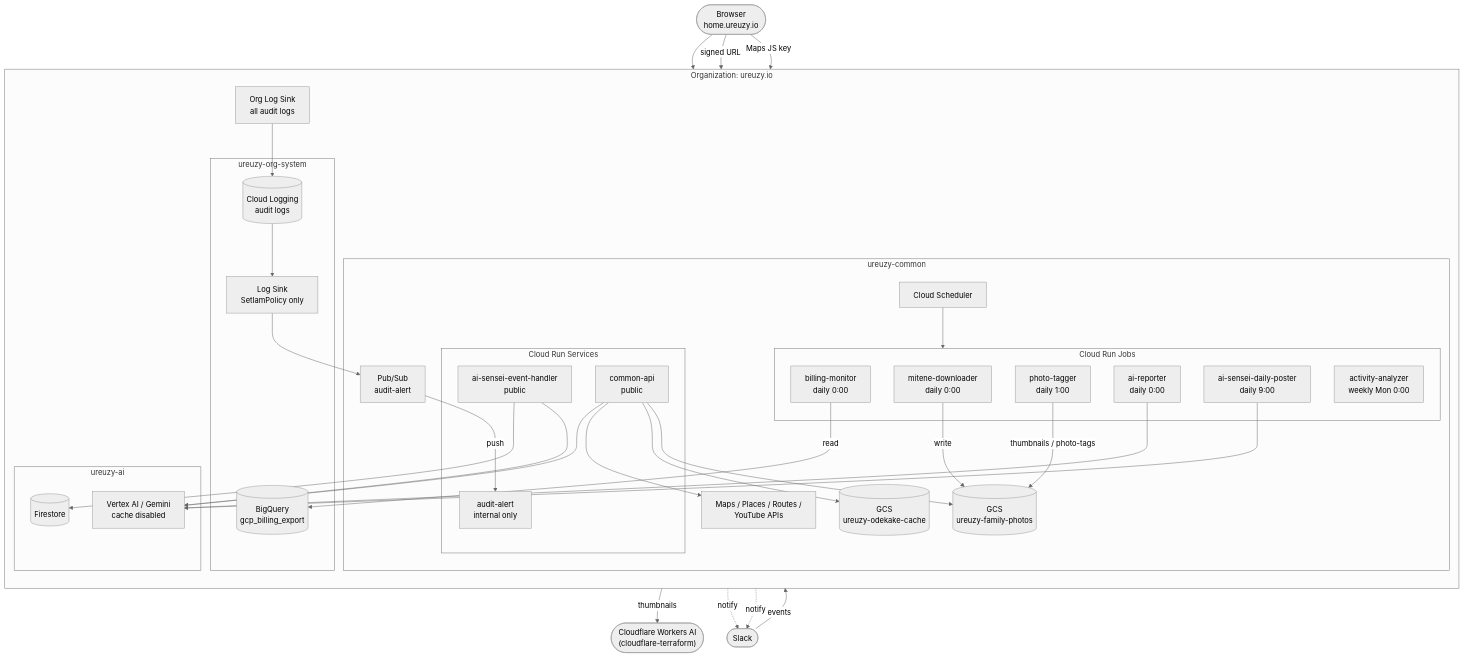
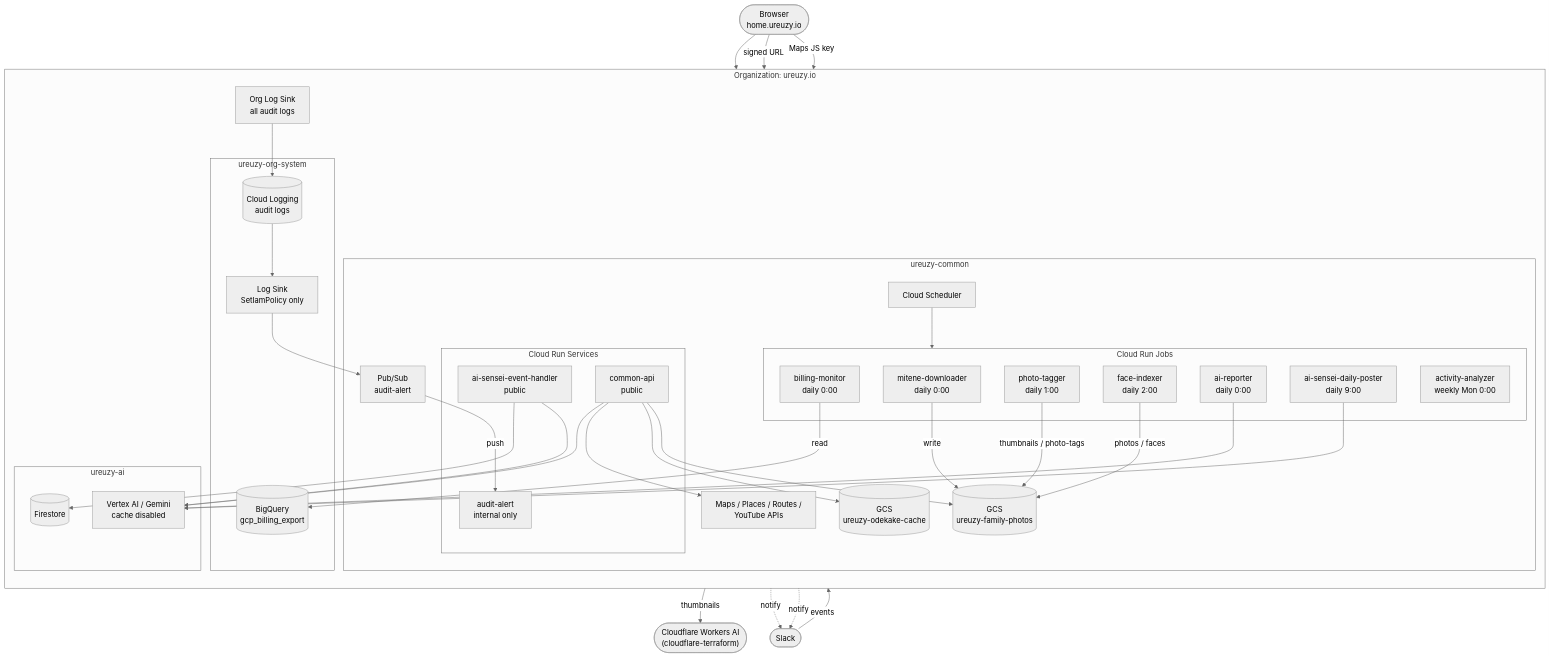
One commit to ureuzy/google-cloud-terraform changed the first of 2 diagrams in common/README.md. Above: the diagram before and after it, drawn with Mermaid (neutral theme). The commit also changed other lines of this file and 5 other files, not shown here.

Commit message:
feat(common): add the face-indexer job that finds faces in family photos every night

````diff
--- a/common/README.md
+++ b/common/README.md
@@ -44,60 +45,62 @@
 ```mermaid
 flowchart TB
   user(["Browser<br/>home.ureuzy.io"])
   cfai(["Cloudflare Workers AI<br/>(cloudflare-terraform)"])
   slack(["Slack"])
 
   subgraph org["Organization: ureuzy.io"]
     direction TB
     orgsink["Org Log Sink<br/>all audit logs"]
 
     subgraph sys["ureuzy-org-system"]
       logs[("Cloud Logging<br/>audit logs")]
       iamsink["Log Sink<br/>SetIamPolicy only"]
       bq[("BigQuery<br/>gcp_billing_export")]
     end
 
     subgraph common["ureuzy-common"]
       sched["Cloud Scheduler"]
       pubsub["Pub/Sub<br/>audit-alert"]
       subgraph jobs["Cloud Run Jobs"]
         mitene["mitene-downloader<br/>daily 0:00"]
         billing["billing-monitor<br/>daily 0:00"]
         tagger["photo-tagger<br/>daily 1:00"]
+        faces["face-indexer<br/>daily 2:00"]
         activity["activity-analyzer<br/>weekly Mon 0:00"]
         reporter["ai-reporter<br/>daily 0:00"]
         poster["ai-sensei-daily-poster<br/>daily 9:00"]
       end
       subgraph svcs["Cloud Run Services"]
         audit["audit-alert<br/>internal only"]
         api["common-api<br/>public"]
         handler["ai-sensei-event-handler<br/>public"]
       end
       photos[("GCS<br/>ureuzy-family-photos")]
       cache[("GCS<br/>ureuzy-odekake-cache")]
       gapis["Maps / Places / Routes /<br/>YouTube APIs"]
     end
 
     subgraph ai["ureuzy-ai"]
       vertex["Vertex AI / Gemini<br/>cache disabled"]
       fs[("Firestore")]
     end
   end
 
   orgsink --> logs --> iamsink --> pubsub -->|push| audit
   sched --> jobs
 
   billing -->|read| bq
   mitene -->|write| photos
   tagger -->|thumbnails / photo-tags| photos
   tagger -->|thumbnails| cfai
+  faces -->|photos / faces| photos
   reporter & poster --> vertex
   handler --> vertex & fs
   api --> photos & cache & gapis & vertex
 
   user --> api
   user -->|signed URL| photos
   user -->|Maps JS key| gapis
   slack -->|events| handler
   jobs & audit -.->|notify| slack
 ```
````
